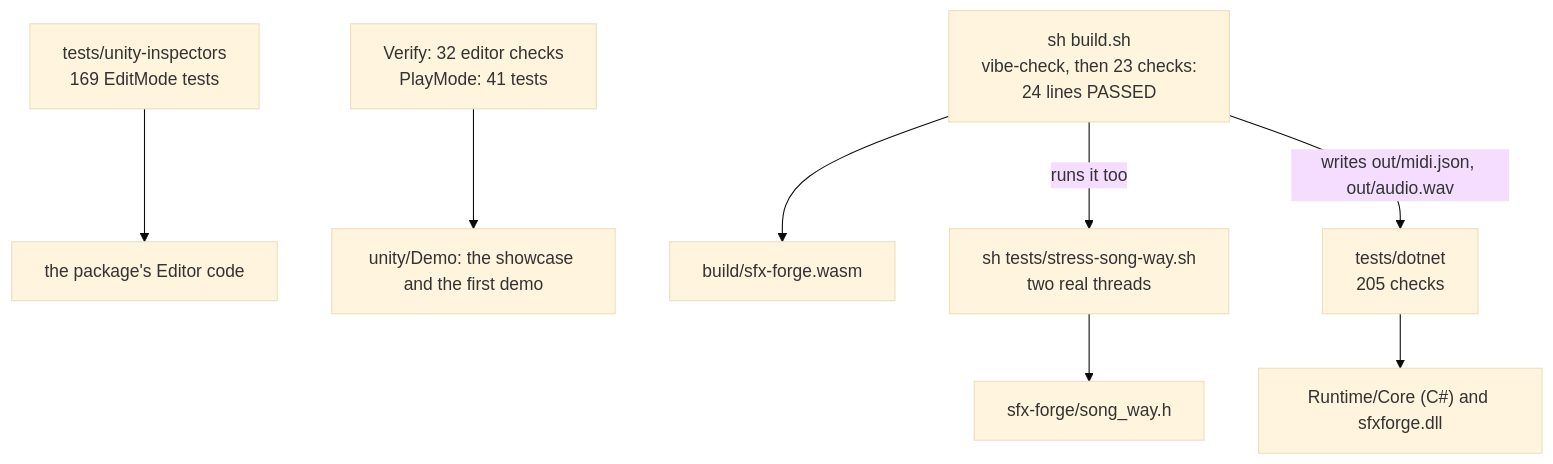
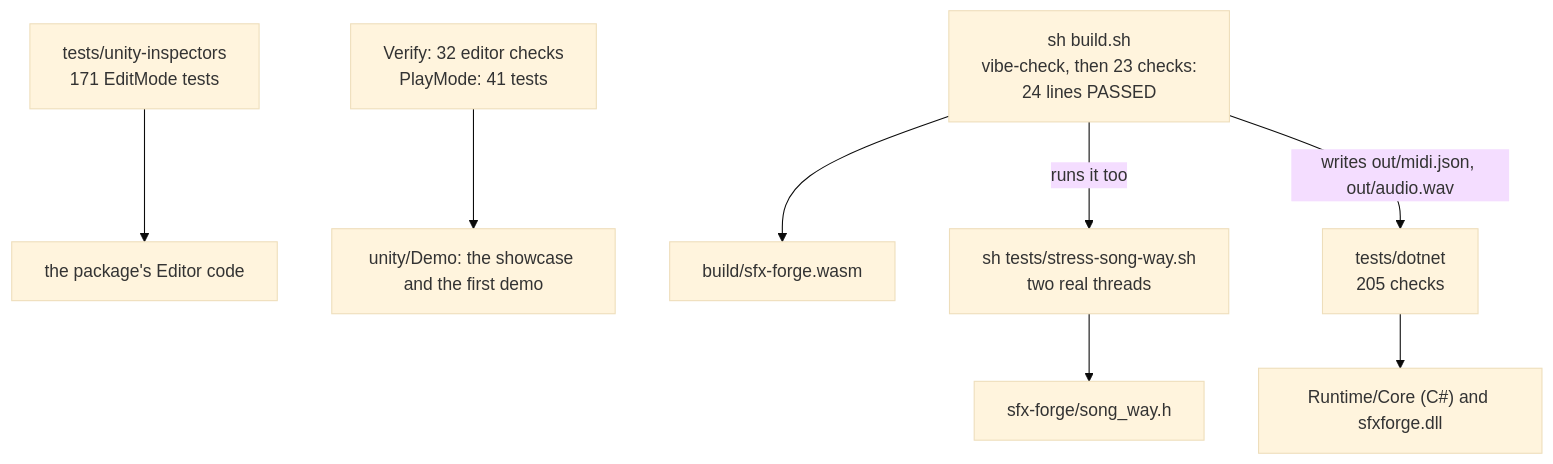
One commit to Cat-Splat-Studios/sfx-forge changed the first of 2 diagrams in wiki/Running-The-Tests.md. Above: the diagram before and after it, drawn with Mermaid (base theme). The commit also changed other lines of this file and 47 other files, not shown here.

````diff
--- a/wiki/Running-The-Tests.md
+++ b/wiki/Running-The-Tests.md
@@ -11,20 +11,20 @@
 ```mermaid
 flowchart TB
   fw["build/sfx-forge.wasm"]
   way["sfx-forge/song_way.h"]
   corecs["Runtime/Core (C#) and sfxforge.dll"]
   editor["the package's Editor code"]
   demo["unity/Demo: the showcase and the first demo"]
   t1["sh build.sh<br/>vibe-check, then 23 checks:<br/>24 lines PASSED"]
   t2["sh tests/stress-song-way.sh<br/>two real threads"]
   t3["tests/dotnet<br/>205 checks"]
-  t4["tests/unity-inspectors<br/>169 EditMode tests"]
+  t4["tests/unity-inspectors<br/>171 EditMode tests"]
   t5["Verify: 32 editor checks<br/>PlayMode: 41 tests"]
   t1 --> fw
   t2 --> way
   t1 -->|"runs it too"| t2
   t1 -->|"writes out/midi.json, out/audio.wav"| t3
   t3 --> corecs
   t4 --> editor
   t5 --> demo
 ```
````
